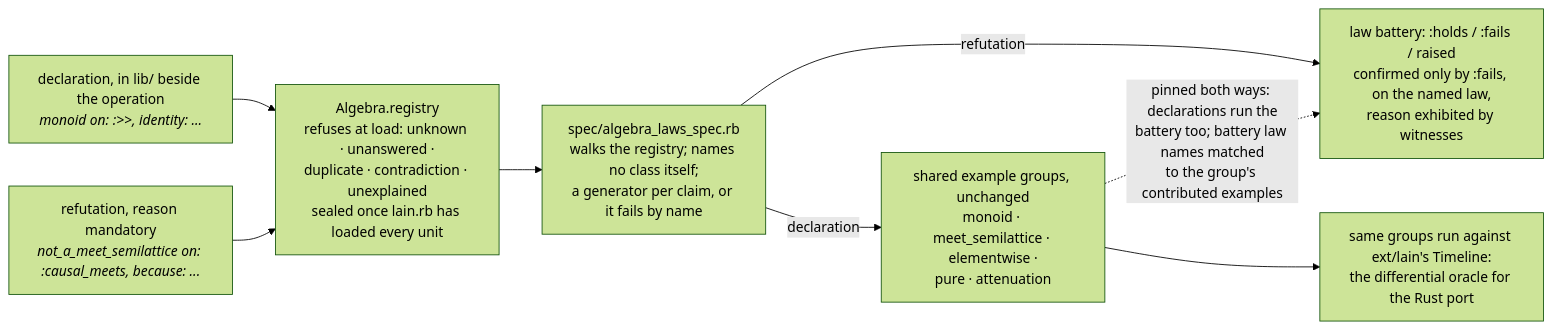
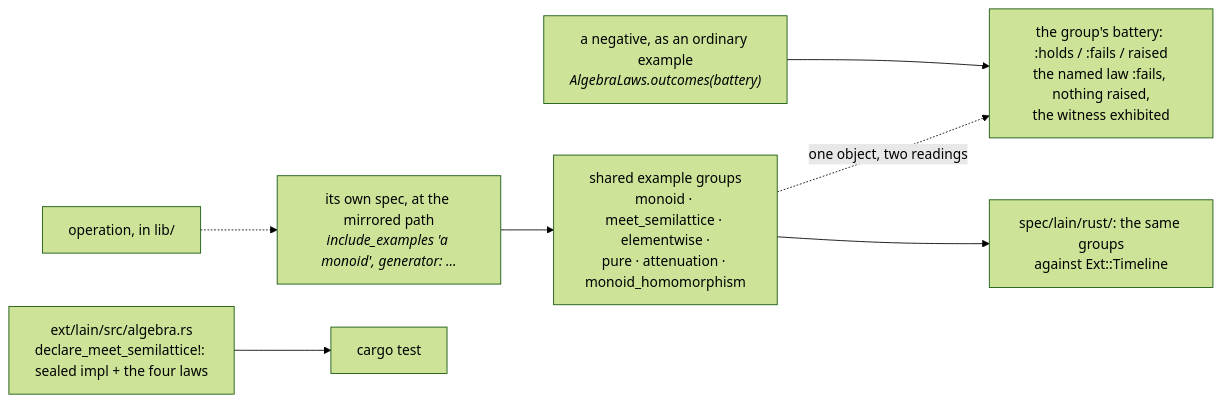
The fourth of 6 diagrams in ARCHITECTURE.md (liaden/lain), drawn with Mermaid (forest theme) before and after one commit. The commit also changed other lines of this file and 8 other files, not shown here.

First line of the commit message:
docs: say what replaced the algebra registry and the handler chain

````diff
--- a/ARCHITECTURE.md
+++ b/ARCHITECTURE.md
@@ -1003,11 +1057,11 @@
 ```mermaid
 flowchart LR
-  DECL["declaration, in lib/ beside the operation<br/><i>monoid on: :>>, identity: ...</i>"] --> REG
-  REF["refutation, reason mandatory<br/><i>not_a_meet_semilattice on: :causal_meets, because: ...</i>"] --> REG
-  REG["Algebra.registry<br/>refuses at load: unknown · unanswered ·<br/>duplicate · contradiction · unexplained<br/>sealed once lain.rb has loaded every unit"]
-  REG --> SWEEP["spec/algebra_laws_spec.rb<br/>walks the registry; names no class itself;<br/>a generator per claim, or it fails by name"]
-  SWEEP -->|declaration| GROUPS["shared example groups, unchanged<br/>monoid · meet_semilattice · elementwise ·<br/>pure · attenuation"]
-  SWEEP -->|refutation| BATTERY["law battery: :holds / :fails / raised<br/>confirmed only by :fails, on the named law,<br/>reason exhibited by witnesses"]
-  GROUPS -.->|"pinned both ways: declarations run the<br/>battery too; battery law names matched<br/>to the group's contributed examples"| BATTERY
-  GROUPS --> RUST["same groups run against ext/lain's Timeline:<br/>the differential oracle for the Rust port"]
+  OP["operation, in lib/"] -.-> SPEC
+  SPEC["its own spec, at the mirrored path<br/><i>include_examples 'a monoid', generator: ...</i>"] --> GROUPS
+  GROUPS["shared example groups<br/>monoid · meet_semilattice · elementwise ·<br/>pure · attenuation · monoid_homomorphism"]
+  NEG["a negative, as an ordinary example<br/><i>AlgebraLaws.outcomes(battery)</i>"] --> BATTERY
+  BATTERY["the group's battery: :holds / :fails / raised<br/>the named law :fails, nothing raised,<br/>the witness exhibited"]
+  GROUPS -.->|"one object, two readings"| BATTERY
+  RUST["ext/lain/src/algebra.rs<br/>declare_meet_semilattice!: sealed impl + the four laws"] --> CARGO["cargo test"]
+  GROUPS --> BIND["spec/lain/rust/: the same groups<br/>against Ext::Timeline"]
 ```
````
